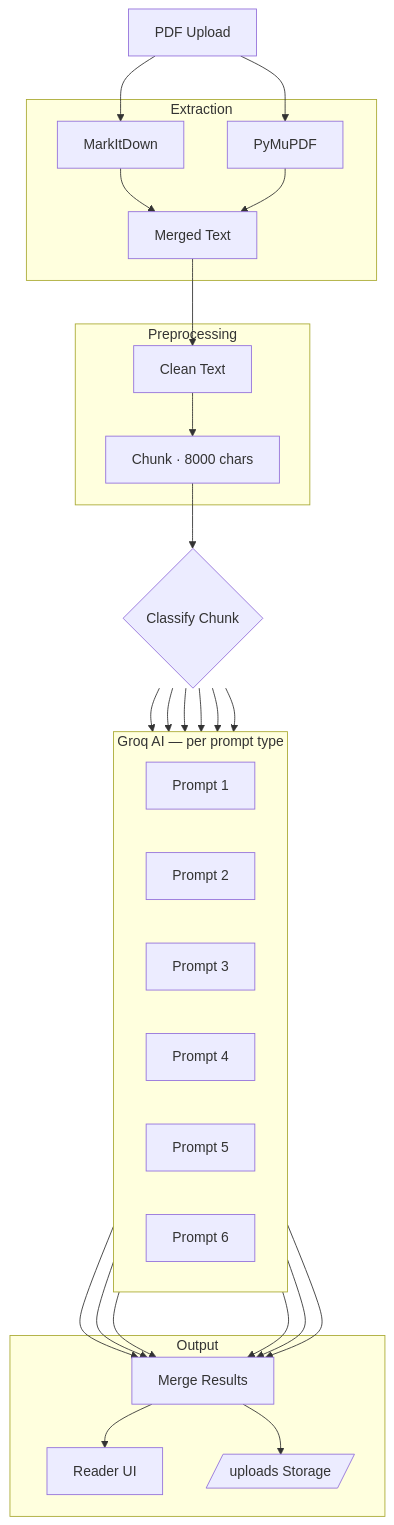
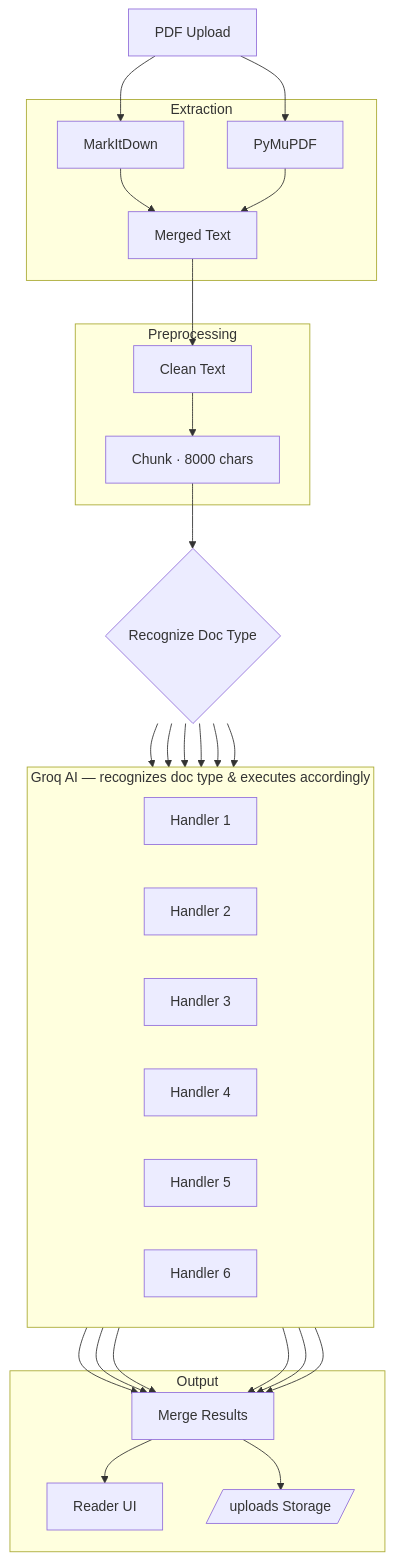
Before and after one commit to Sumitr995/MarkForge: the diagram in README.md, drawn with Mermaid.

Commit message:
Update terminology in README for clarity

````diff
--- a/README.md
+++ b/README.md
@@ -85,54 +85,54 @@
 ```mermaid
 flowchart TD
     A[PDF Upload]
 
     subgraph EXTRACT[Extraction]
         B1[MarkItDown]
         B2[PyMuPDF]
         B1 --> B3[Merged Text]
         B2 --> B3
     end
 
     subgraph PREP[Preprocessing]
         C1[Clean Text]
         C2[Chunk · 8000 chars]
         C1 --> C2
     end
 
-    D{Classify Chunk}
+    D{Recognize Doc Type}
 
-    subgraph AI[Groq AI — per prompt type]
+    subgraph AI[Groq AI — recognizes doc type & executes accordingly]
         direction LR
-        E1[Prompt 1]
-        E2[Prompt 2]
-        E3[Prompt 3]
-        E4[Prompt 4]
-        E5[Prompt 5]
-        E6[Prompt 6]
+        E1[Handler 1]
+        E2[Handler 2]
+        E3[Handler 3]
+        E4[Handler 4]
+        E5[Handler 5]
+        E6[Handler 6]
     end
 
     subgraph OUTPUT[Output]
         F1[Merge Results]
         F2[Reader UI]
         F3[/uploads Storage/]
         F1 --> F2
         F1 --> F3
     end
 
     A --> B1
     A --> B2
     B3 --> C1
     C2 --> D
     D --> E1
     D --> E2
     D --> E3
     D --> E4
     D --> E5
     D --> E6
     E1 --> F1
     E2 --> F1
     E3 --> F1
     E4 --> F1
     E5 --> F1
     E6 --> F1
 ```
````
